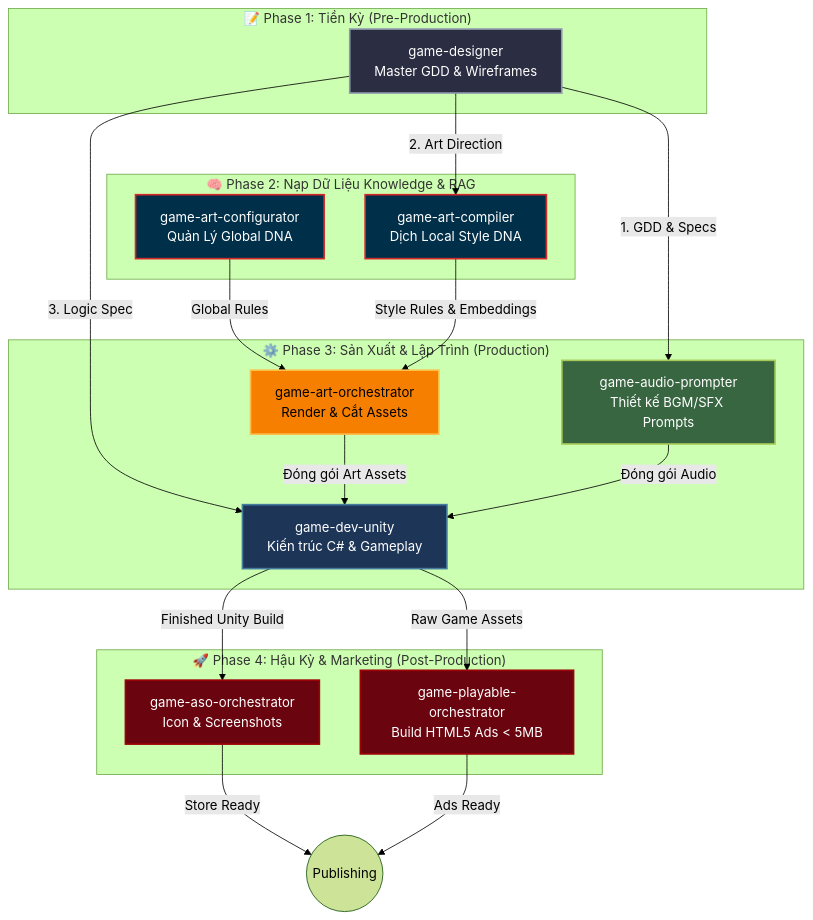
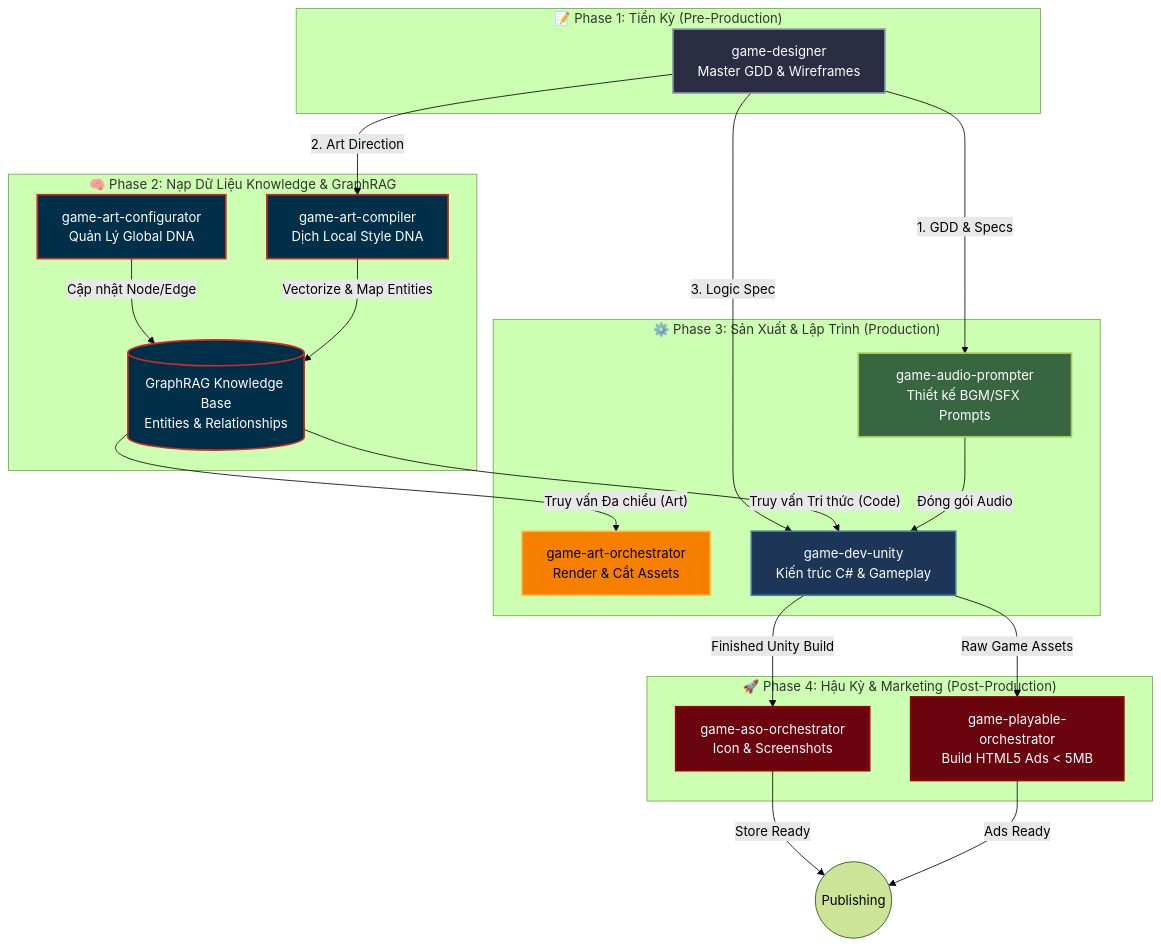
The diagram in README.md (namtvn07-glitch/nts_antigravity), drawn with Mermaid (forest theme) before and after one commit. The commit also changed 1 other file, not shown here.

Commit message:
docs: add system architecture documentation to agents ruleset

````diff
--- a/README.md
+++ b/README.md
@@ -13,48 +13,50 @@
 ```mermaid
 graph TD
     %% Define Styles
     classDef preProd fill:#2b2d42,stroke:#8d99ae,stroke-width:2px,color:#fff;
     classDef dataIngest fill:#003049,stroke:#d62828,stroke-width:2px,color:#fff;
     classDef prodArt fill:#f77f00,stroke:#fcbf49,stroke-width:2px,color:#000;
     classDef prodAudio fill:#386641,stroke:#a7c957,stroke-width:2px,color:#fff;
     classDef prodDev fill:#1d3557,stroke:#457b9d,stroke-width:2px,color:#fff;
     classDef postProd fill:#6a040f,stroke:#9d0208,stroke-width:2px,color:#fff;
 
     %% Phases
     subgraph phase1 ["📝 Phase 1: Tiền Kỳ (Pre-Production)"]
         GD[game-designer<br/>Master GDD & Wireframes]:::preProd
     end
 
-    subgraph phase2 ["🧠 Phase 2: Nạp Dữ Liệu Knowledge & RAG"]
+    subgraph phase2 ["🧠 Phase 2: Nạp Dữ Liệu Knowledge & GraphRAG"]
         GACf[game-art-configurator<br/>Quản Lý Global DNA]:::dataIngest
         GAC[game-art-compiler<br/>Dịch Local Style DNA]:::dataIngest
+        GraphDB[(GraphRAG Knowledge Base<br/>Entities & Relationships)]:::dataIngest
     end
 
     subgraph phase3 ["⚙️ Phase 3: Sản Xuất & Lập Trình (Production)"]
         GAO[game-art-orchestrator<br/>Render & Cắt Assets]:::prodArt
         GAP[game-audio-prompter<br/>Thiết kế BGM/SFX Prompts]:::prodAudio
         GDU[game-dev-unity<br/>Kiến trúc C# & Gameplay]:::prodDev
     end
 
     subgraph phase4 ["🚀 Phase 4: Hậu Kỳ & Marketing (Post-Production)"]
         ASO[game-aso-orchestrator<br/>Icon & Screenshots]:::postProd
         GPO[game-playable-orchestrator<br/>Build HTML5 Ads < 5MB]:::postProd
     end
 
     %% Flow
     GD -- "1. GDD & Specs" --> GAP
     GD -- "2. Art Direction" --> GAC
     GD -- "3. Logic Spec" --> GDU
     
-    GACf -- "Global Rules" --> GAO
-    GAC -- "Style Rules & Embeddings" --> GAO
+    GACf -- "Cập nhật Node/Edge" --> GraphDB
+    GAC -- "Vectorize & Map Entities" --> GraphDB
     
-    GAO -- "Đóng gói Art Assets" --> GDU
+    GraphDB -- "Truy vấn Đa chiều (Art)" --> GAO
+    GraphDB -- "Truy vấn Tri thức (Code)" --> GDU
     GAP -- "Đóng gói Audio" --> GDU
     
     GDU -- "Finished Unity Build" --> ASO
     GDU -- "Raw Game Assets" --> GPO
     
     ASO -- "Store Ready" --> Launch((Publishing))
     GPO -- "Ads Ready" --> Launch
 ```
````
